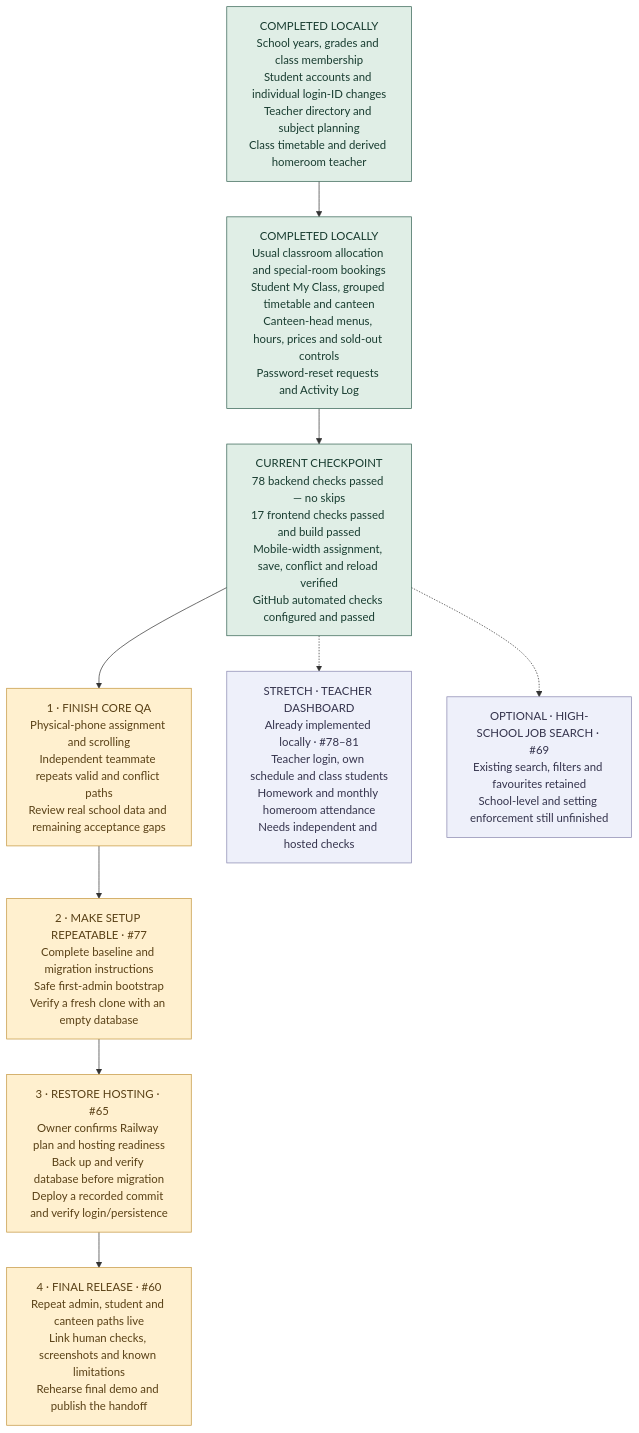
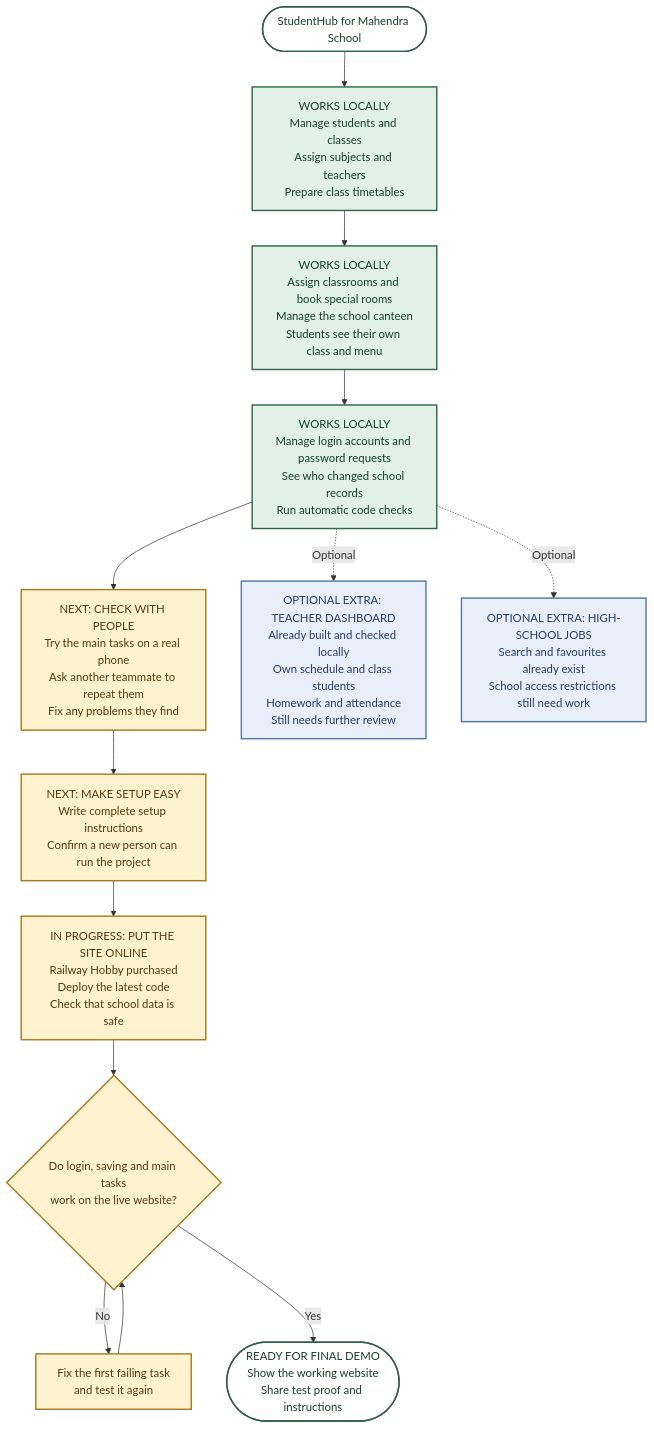
The diagram in classroom/week11/roadmap.md (CapstoneDesign-Fall2026-UlsanCollege/Team1), drawn with Mermaid before and after one commit. The commit also changed other lines of this file, not shown here.

Commit message:
Make roadmap a plain-language flowchart with optional teacher dashboard

````diff
--- a/classroom/week11/roadmap.md
+++ b/classroom/week11/roadmap.md
@@ -9,21 +11,28 @@
 ```mermaid
 flowchart TD
-    A["COMPLETED LOCALLY<br/>School years, grades and class membership<br/>Student accounts and individual login-ID changes<br/>Teacher directory and subject planning<br/>Class timetable and derived homeroom teacher"]
-    B["COMPLETED LOCALLY<br/>Usual classroom allocation and special-room bookings<br/>Student My Class, grouped timetable and canteen<br/>Canteen-head menus, hours, prices and sold-out controls<br/>Password-reset requests and Activity Log"]
-    C["CURRENT CHECKPOINT<br/>78 backend checks passed — no skips<br/>17 frontend checks passed and build passed<br/>Mobile-width assignment, save, conflict and reload verified<br/>GitHub automated checks configured and passed"]
-    D["1 · FINISH CORE QA<br/>Physical-phone assignment and scrolling<br/>Independent teammate repeats valid and conflict paths<br/>Review real school data and remaining acceptance gaps"]
-    E["2 · MAKE SETUP REPEATABLE · #77<br/>Complete baseline and migration instructions<br/>Safe first-admin bootstrap<br/>Verify a fresh clone with an empty database"]
-    F["3 · RESTORE HOSTING · #65<br/>Owner confirms Railway plan and hosting readiness<br/>Back up and verify database before migration<br/>Deploy a recorded commit and verify login/persistence"]
-    G["4 · FINAL RELEASE · #60<br/>Repeat admin, student and canteen paths live<br/>Link human checks, screenshots and known limitations<br/>Rehearse final demo and publish the handoff"]
-    T["STRETCH · TEACHER DASHBOARD<br/>Already implemented locally · #78–81<br/>Teacher login, own schedule and class students<br/>Homework and monthly homeroom attendance<br/>Needs independent and hosted checks"]
-    J["OPTIONAL · HIGH-SCHOOL JOB SEARCH · #69<br/>Existing search, filters and favourites retained<br/>School-level and setting enforcement still unfinished"]
-    A --> B --> C --> D --> E --> F --> G
-    C -.-> T
-    C -.-> J
-    classDef done fill:#e0eee6,stroke:#356353,color:#183c30;
-    classDef next fill:#fff0cf,stroke:#c4963e,color:#594016;
-    classDef stretch fill:#eef0fa,stroke:#8a88b0,color:#34334c;
+    START(["StudentHub for Mahendra School"])
+    A["WORKS LOCALLY<br/>Manage students and classes<br/>Assign subjects and teachers<br/>Prepare class timetables"]
+    B["WORKS LOCALLY<br/>Assign classrooms and book special rooms<br/>Manage the school canteen<br/>Students see their own class and menu"]
+    C["WORKS LOCALLY<br/>Manage login accounts and password requests<br/>See who changed school records<br/>Run automatic code checks"]
+    NOW["NEXT: CHECK WITH PEOPLE<br/>Try the main tasks on a real phone<br/>Ask another teammate to repeat them<br/>Fix any problems they find"]
+    SETUP["NEXT: MAKE SETUP EASY<br/>Write complete setup instructions<br/>Confirm a new person can run the project"]
+    HOST["IN PROGRESS: PUT THE SITE ONLINE<br/>Railway Hobby purchased<br/>Deploy the latest code<br/>Check that school data is safe"]
+    CHECK{"Do login, saving and main tasks<br/>work on the live website?"}
+    FIX["Fix the first failing task<br/>and test it again"]
+    FINISH(["READY FOR FINAL DEMO<br/>Show the working website<br/>Share test proof and instructions"])
+    TEACHER["OPTIONAL EXTRA: TEACHER DASHBOARD<br/>Already built and checked locally<br/>Own schedule and class students<br/>Homework and attendance<br/>Still needs further review"]
+    JOBS["OPTIONAL EXTRA: HIGH-SCHOOL JOBS<br/>Search and favourites already exist<br/>School access restrictions still need work"]
+    START --> A --> B --> C --> NOW --> SETUP --> HOST --> CHECK
+    CHECK -->|No| FIX --> CHECK
+    CHECK -->|Yes| FINISH
+    C -. Optional .-> TEACHER
+    C -. Optional .-> JOBS
+    classDef done fill:#e2f1e8,stroke:#2e6848,stroke-width:2px,color:#163e29;
+    classDef next fill:#fff2ce,stroke:#a57922,stroke-width:2px,color:#503b10;
+    classDef extra fill:#e9effa,stroke:#5577a7,stroke-width:2px,color:#233e64;
+    classDef finish fill:#ffffff,stroke:#345c49,stroke-width:2px,color:#173e2b;
     class A,B,C done;
-    class D,E,F,G next;
-    class T,J stretch;
+    class NOW,SETUP,HOST,CHECK,FIX next;
+    class TEACHER,JOBS extra;
+    class START,FINISH finish;
 ```
````
